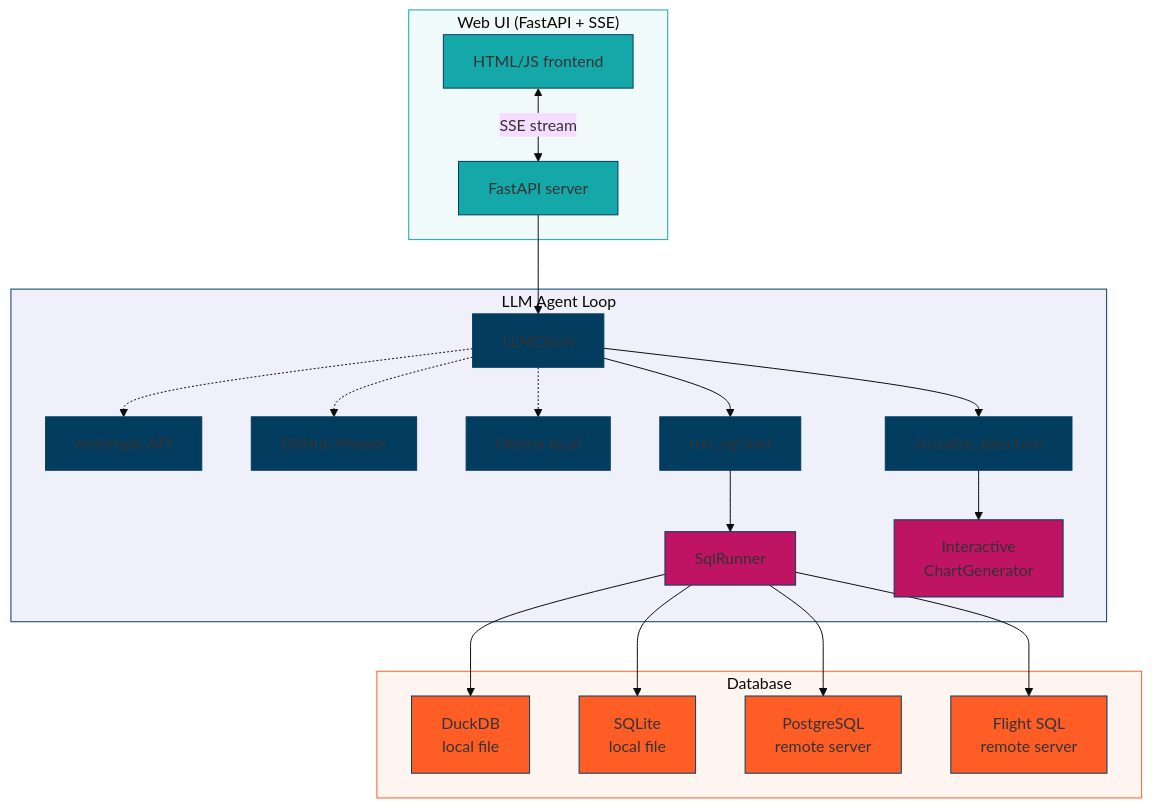
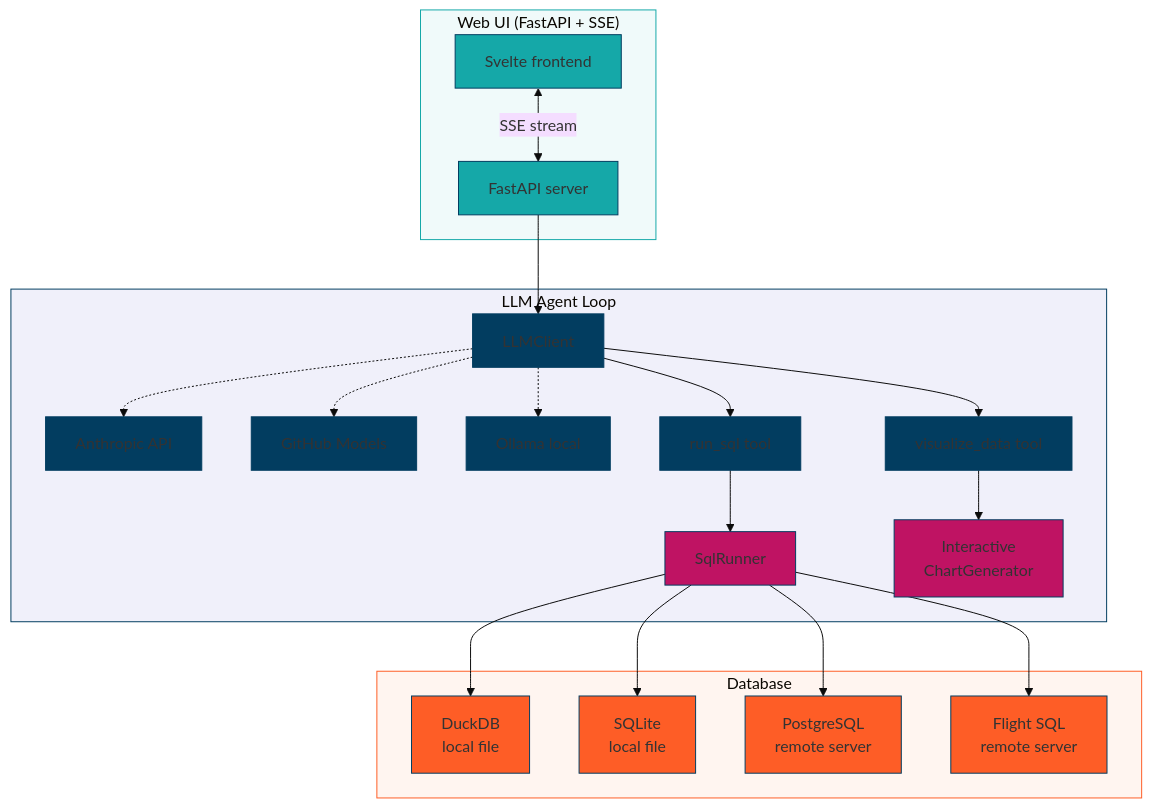
Before and after one commit to dsgrid/datasight: the first of 3 diagrams in docs/tool-developer/architecture.md, drawn with Mermaid (base theme). The commit also changed other lines of this file and 112 other files, not shown here.

````diff
--- a/docs/tool-developer/architecture.md
+++ b/docs/tool-developer/architecture.md
@@ -26,55 +12,55 @@
 ```mermaid
 flowchart TB
     subgraph ui ["Web UI (FastAPI + SSE)"]
         WEB[FastAPI server]
-        HTML[HTML/JS frontend]
+        HTML[Svelte frontend]
     end
 
     subgraph agent ["LLM Agent Loop"]
         LLM[LLMClient]
         ANTH[Anthropic API]
         GH[GitHub Models]
         OLL[Ollama local]
         SQL[run_sql tool]
         VIZ[visualize_data tool]
         LLM -.-> ANTH
         LLM -.-> GH
         LLM -.-> OLL
         SQL --> RUNNER[SqlRunner]
         VIZ --> CHART[Interactive<br>ChartGenerator]
     end
 
     subgraph db ["Database"]
         DUCK[DuckDB<br>local file]
         SQLITE[SQLite<br>local file]
         PG[PostgreSQL<br>remote server]
         FLIGHT[Flight SQL<br>remote server]
     end
 
     HTML <-->|SSE stream| WEB
     WEB --> LLM
     LLM --> SQL
     LLM --> VIZ
     RUNNER --> DUCK
     RUNNER --> SQLITE
     RUNNER --> PG
     RUNNER --> FLIGHT
 
     style WEB fill:#15a8a8,stroke:#023d60
     style HTML fill:#15a8a8,stroke:#023d60
     style LLM fill:#023d60,stroke:#023d60
     style ANTH fill:#023d60,stroke:#023d60
     style GH fill:#023d60,stroke:#023d60
     style OLL fill:#023d60,stroke:#023d60
     style SQL fill:#023d60,stroke:#023d60
     style VIZ fill:#023d60,stroke:#023d60
     style RUNNER fill:#bf1363,stroke:#023d60
     style CHART fill:#bf1363,stroke:#023d60
     style DUCK fill:#fe5d26,stroke:#023d60
     style SQLITE fill:#fe5d26,stroke:#023d60
     style PG fill:#fe5d26,stroke:#023d60
     style FLIGHT fill:#fe5d26,stroke:#023d60
     style ui fill:#f0fafa,stroke:#15a8a8
     style agent fill:#f0f0fa,stroke:#023d60
     style db fill:#fff5f0,stroke:#fe5d26
 ```
````
